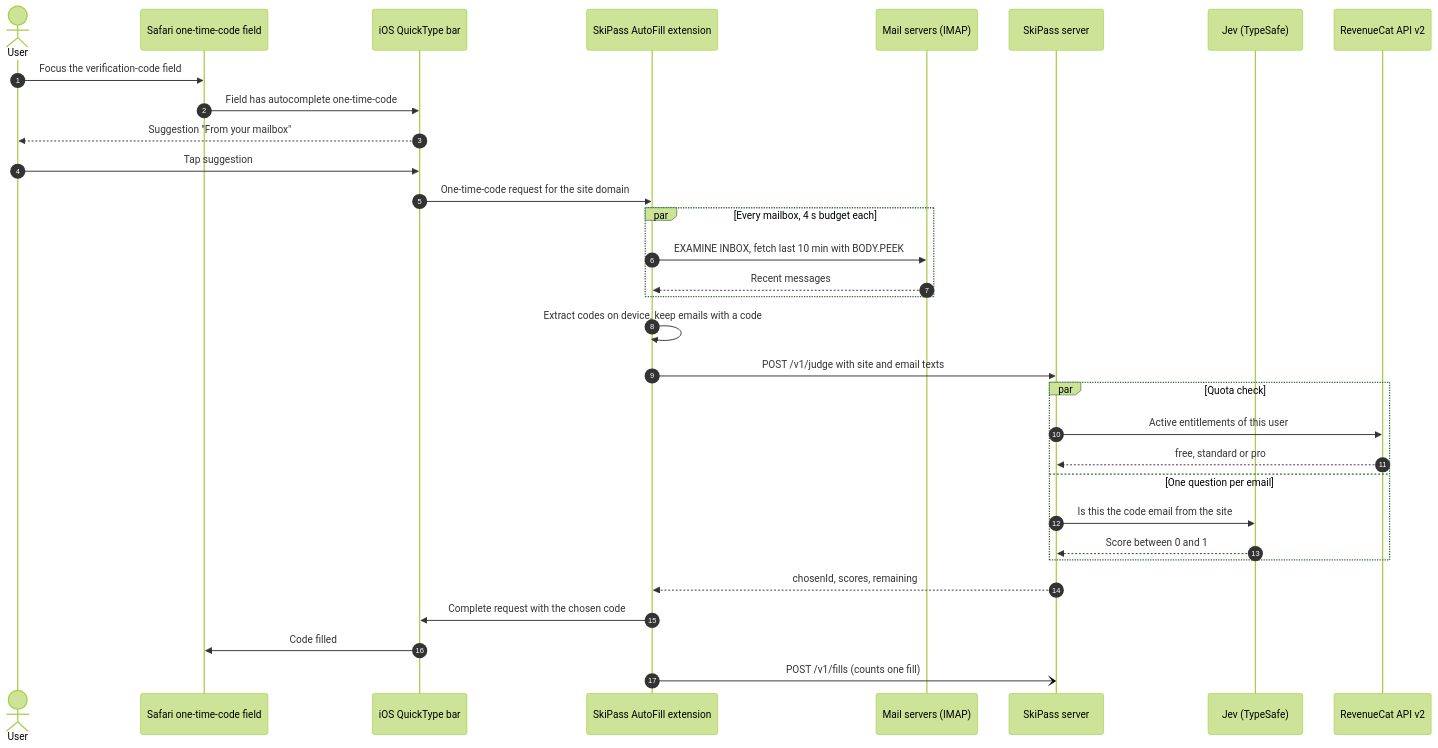
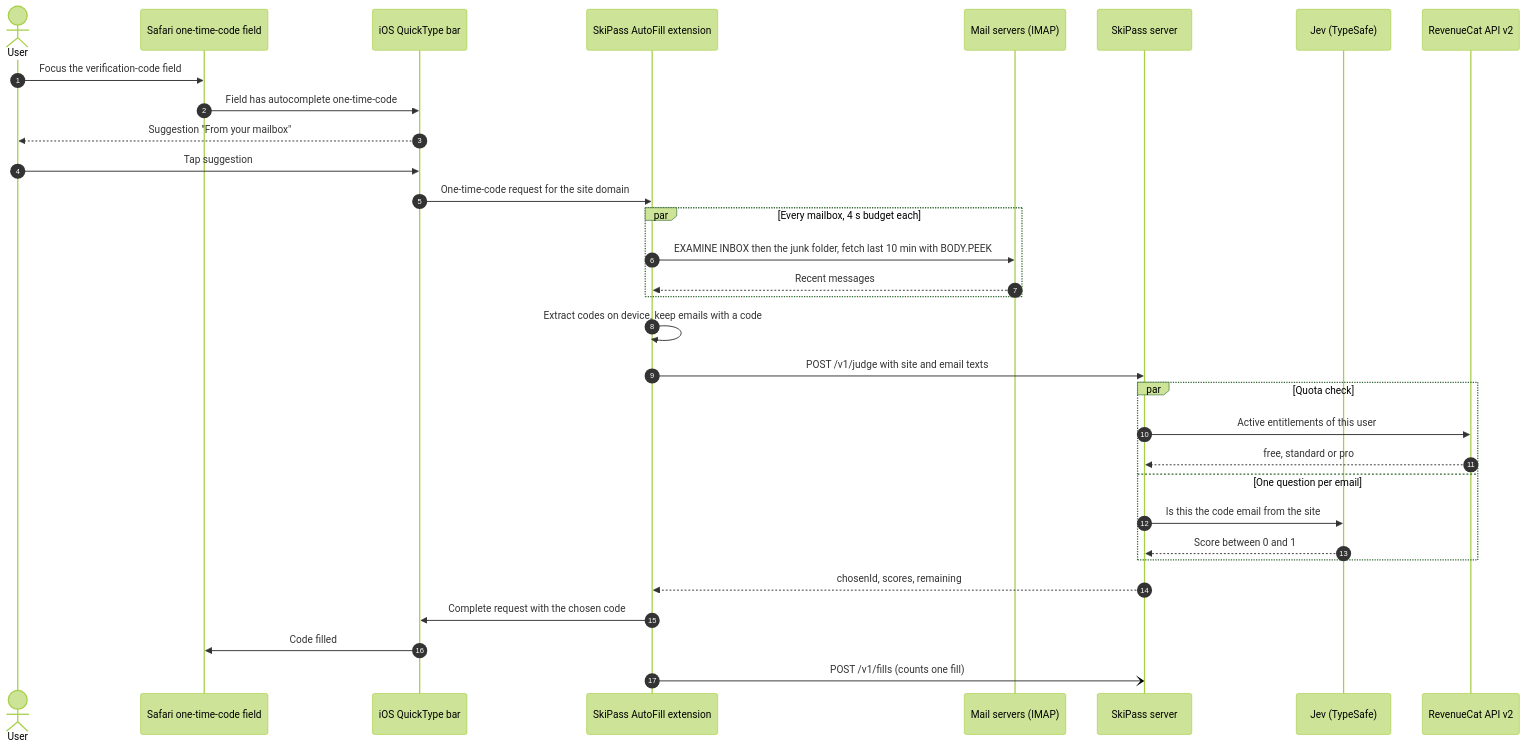
Before and after one commit to rkceve/SkiPass: the first of 2 diagrams in README.md, drawn with Mermaid (forest theme). The commit also changed other lines of this file and 6 other files, not shown here.

Commit message:
Docs and in-app copy: inbox and junk/spam folder, new message id format; bump to 0.1.8

````diff
--- a/README.md
+++ b/README.md
@@ -46,35 +46,35 @@
 ```mermaid
 sequenceDiagram
     autonumber
     actor U as User
     participant S as Safari one-time-code field
     participant Q as iOS QuickType bar
     participant E as SkiPass AutoFill extension
     participant M as Mail servers (IMAP)
     participant SV as SkiPass server
     participant J as Jev (TypeSafe)
     participant RC as RevenueCat API v2
 
     U->>S: Focus the verification-code field
     S->>Q: Field has autocomplete one-time-code
     Q-->>U: Suggestion "From your mailbox"
     U->>Q: Tap suggestion
     Q->>E: One-time-code request for the site domain
     par Every mailbox, 4 s budget each
-        E->>M: EXAMINE INBOX, fetch last 10 min with BODY.PEEK
+        E->>M: EXAMINE INBOX then the junk folder, fetch last 10 min with BODY.PEEK
         M-->>E: Recent messages
     end
     E->>E: Extract codes on device, keep emails with a code
     E->>SV: POST /v1/judge with site and email texts
     par Quota check
         SV->>RC: Active entitlements of this user
         RC-->>SV: free, standard or pro
     and One question per email
         SV->>J: Is this the code email from the site
         J-->>SV: Score between 0 and 1
     end
     SV-->>E: chosenId, scores, remaining
     E->>Q: Complete request with the chosen code
     Q->>S: Code filled
     E-)SV: POST /v1/fills (counts one fill)
 ```
````
